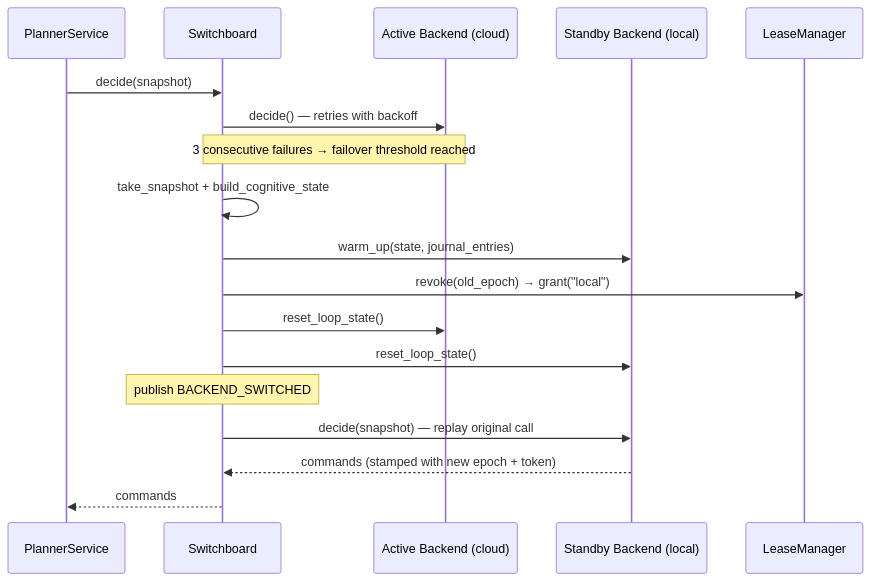
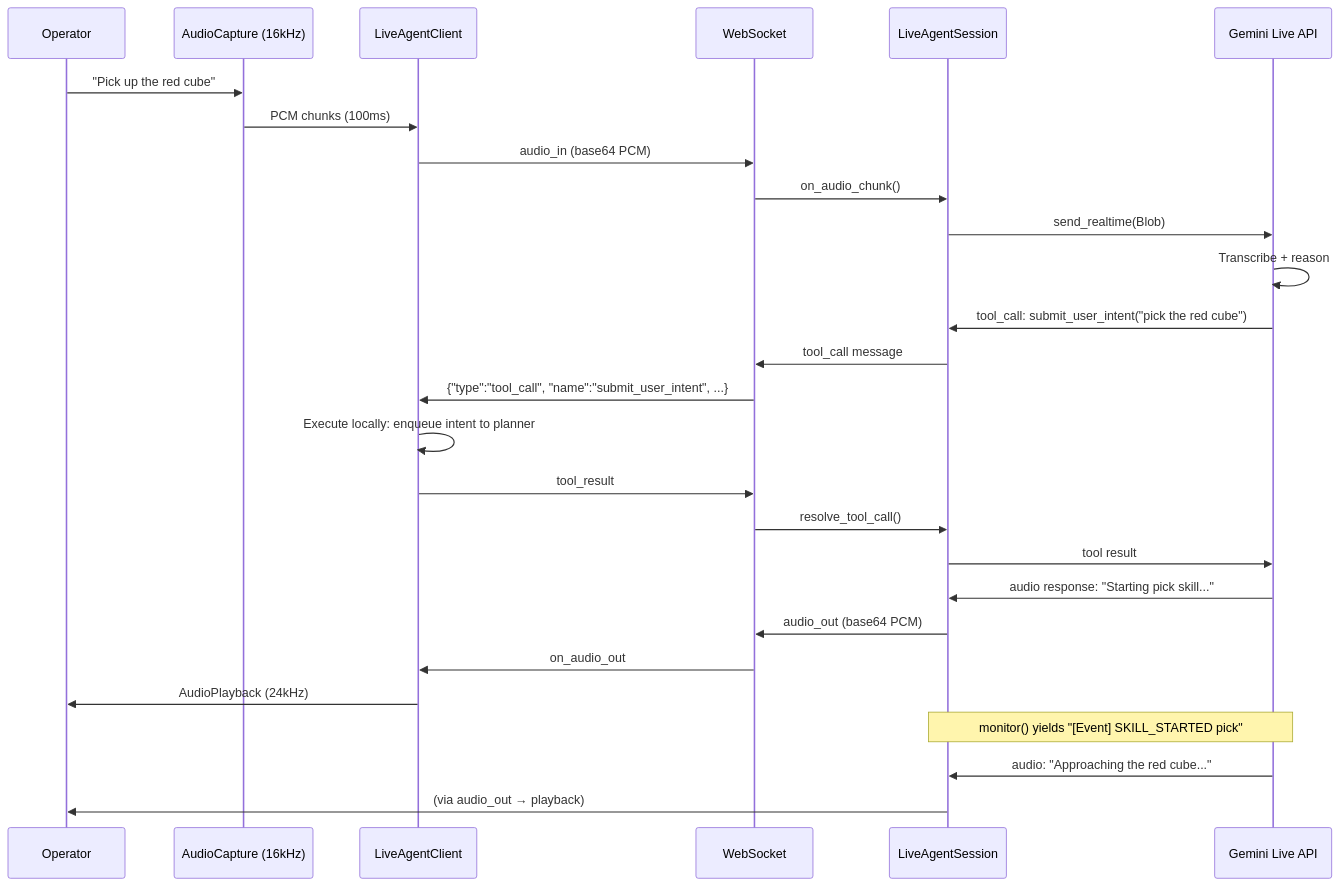
Before and after one commit to andrei-ace/HALO: the seventh of 9 diagrams in docs/halo_architecture.md, drawn with Mermaid. The commit also changed other lines of this file and 5 other files, not shown here.

First line of the commit message:
docs: restructure docs — add README.md, expand architecture with sim/teacher/Live Agent

````diff
--- a/docs/halo_architecture.md
+++ b/docs/halo_architecture.md
@@ -532,23 +254,34 @@
 ```mermaid
 sequenceDiagram
-    participant PS as PlannerService
-    participant SB as Switchboard
-    participant Active as Active Backend (cloud)
-    participant Standby as Standby Backend (local)
-    participant LM as LeaseManager
+    participant Op as Operator
+    participant AC as AudioCapture (16kHz)
+    participant LAC as LiveAgentClient
+    participant WS as WebSocket
+    participant LAS as LiveAgentSession
+    participant G as Gemini Live API
 
-    PS->>SB: decide(snapshot)
-    SB->>Active: decide() — retries with backoff
-    Note over SB,Active: 3 consecutive failures → failover threshold reached
+    Op->>AC: "Pick up the red cube"
+    AC->>LAC: PCM chunks (100ms)
+    LAC->>WS: audio_in (base64 PCM)
+    WS->>LAS: on_audio_chunk()
+    LAS->>G: send_realtime(Blob)
 
-    SB->>SB: take_snapshot + build_cognitive_state
-    SB->>Standby: warm_up(state, journal_entries)
-    SB->>LM: revoke(old_epoch) → grant("local")
-    SB->>Active: reset_loop_state()
-    SB->>Standby: reset_loop_state()
-    Note over SB: publish BACKEND_SWITCHED
+    G->>G: Transcribe + reason
 
-    SB->>Standby: decide(snapshot) — replay original call
-    Standby-->>SB: commands (stamped with new epoch + token)
-    SB-->>PS: commands
+    G->>LAS: tool_call: submit_user_intent("pick the red cube")
+    LAS->>WS: tool_call message
+    WS->>LAC: {"type":"tool_call", "name":"submit_user_intent", ...}
+    LAC->>LAC: Execute locally: enqueue intent to planner
+    LAC->>WS: tool_result
+    WS->>LAS: resolve_tool_call()
+    LAS->>G: tool result
+
+    G->>LAS: audio response: "Starting pick skill..."
+    LAS->>WS: audio_out (base64 PCM)
+    WS->>LAC: on_audio_out
+    LAC->>Op: AudioPlayback (24kHz)
+
+    Note over LAS,G: monitor() yields "[Event] SKILL_STARTED pick"
+    G->>LAS: audio: "Approaching the red cube..."
+    LAS->>Op: (via audio_out → playback)
 ```
````
